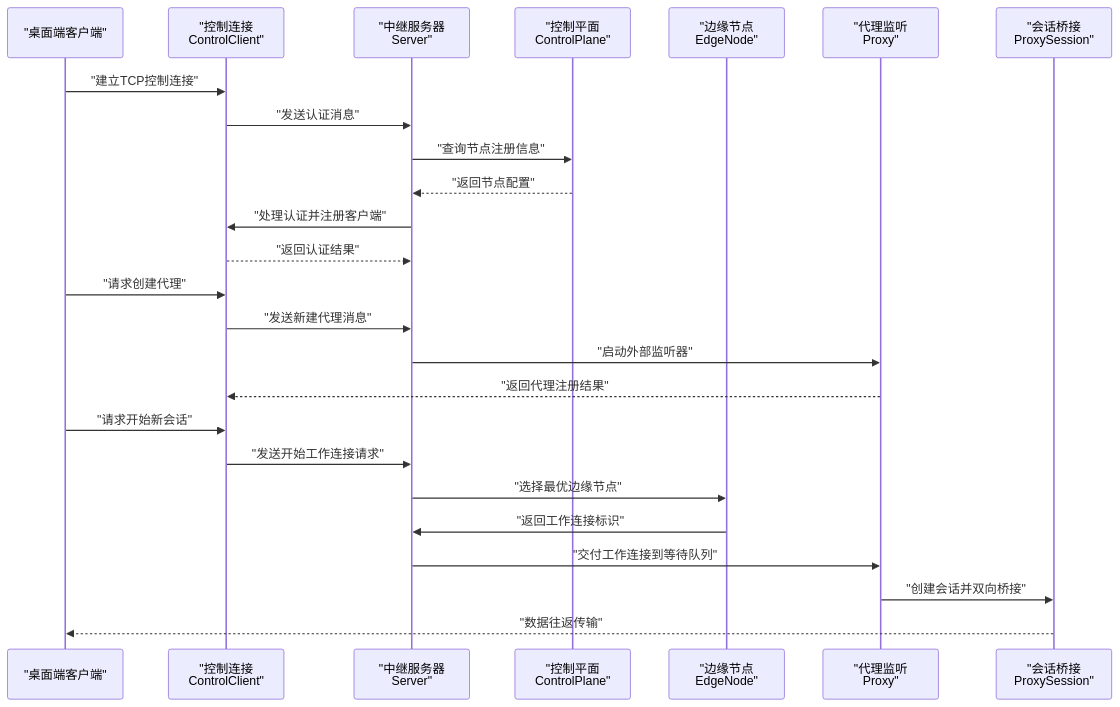
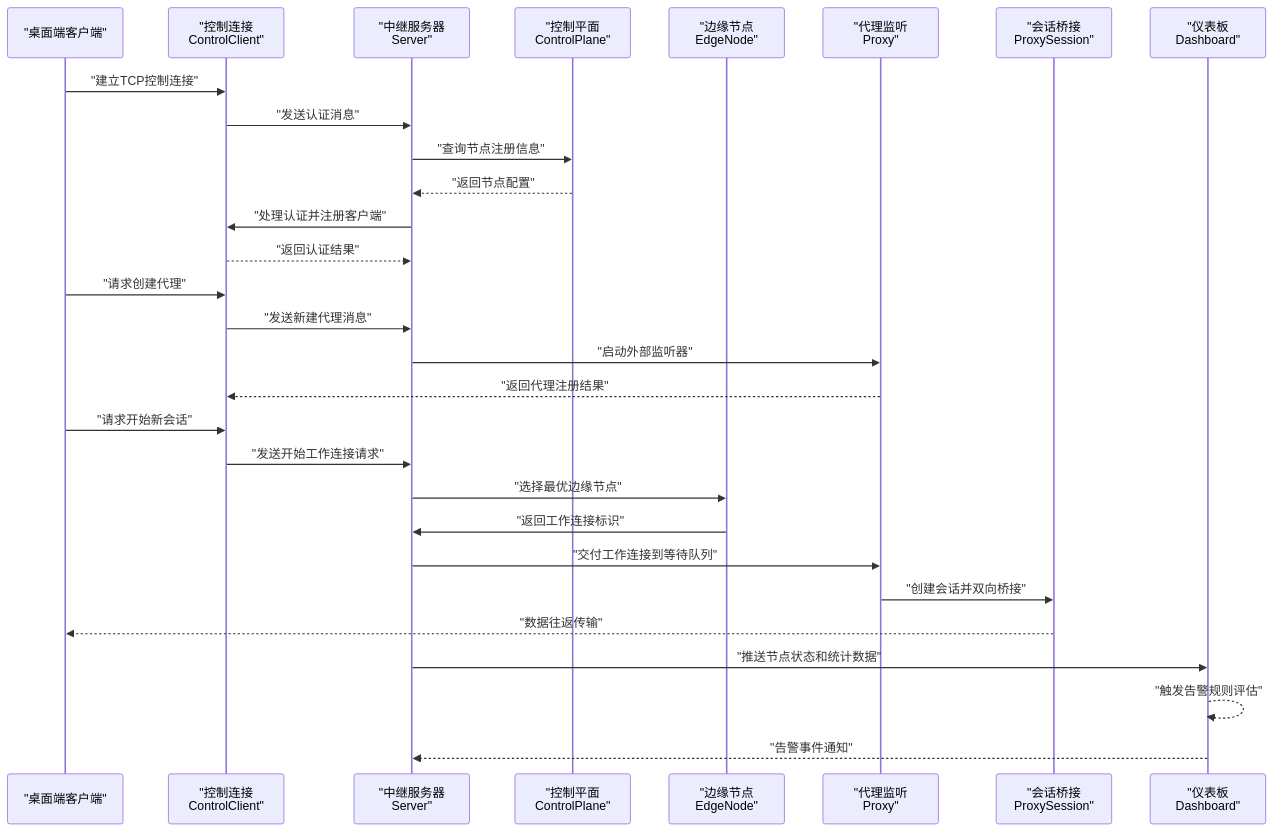
The second of 10 diagrams in .qoder/repowiki/zh/content/服务端架构/服务端架构.md (itsharex/NexTunnel), drawn with Mermaid before and after one commit. The commit also changed other lines of this file and 32 other files, not shown here.

````diff
--- a/.qoder/repowiki/zh/content/服务端架构/服务端架构.md
+++ b/.qoder/repowiki/zh/content/服务端架构/服务端架构.md
@@ -163,27 +198,31 @@
 ```mermaid
 sequenceDiagram
 participant Client as "桌面端客户端"
 participant Ctrl as "控制连接<br/>ControlClient"
 participant Srv as "中继服务器<br/>Server"
 participant CP as "控制平面<br/>ControlPlane"
 participant Edge as "边缘节点<br/>EdgeNode"
 participant Proxy as "代理监听<br/>Proxy"
 participant Session as "会话桥接<br/>ProxySession"
+participant Dash as "仪表板<br/>Dashboard"
 Client->>Ctrl : "建立TCP控制连接"
 Ctrl->>Srv : "发送认证消息"
 Srv->>CP : "查询节点注册信息"
 CP-->>Srv : "返回节点配置"
 Srv->>Ctrl : "处理认证并注册客户端"
 Ctrl-->>Srv : "返回认证结果"
 Client->>Ctrl : "请求创建代理"
 Ctrl->>Srv : "发送新建代理消息"
 Srv->>Proxy : "启动外部监听器"
 Proxy-->>Ctrl : "返回代理注册结果"
 Client->>Ctrl : "请求开始新会话"
 Ctrl->>Srv : "发送开始工作连接请求"
 Srv->>Edge : "选择最优边缘节点"
 Edge->>Srv : "返回工作连接标识"
 Srv->>Proxy : "交付工作连接到等待队列"
 Proxy->>Session : "创建会话并双向桥接"
 Session-->>Client : "数据往返传输"
+Srv->>Dash : "推送节点状态和统计数据"
+Dash-->>Dash : "触发告警规则评估"
+Dash-->>Srv : "告警事件通知"
 ```
````
